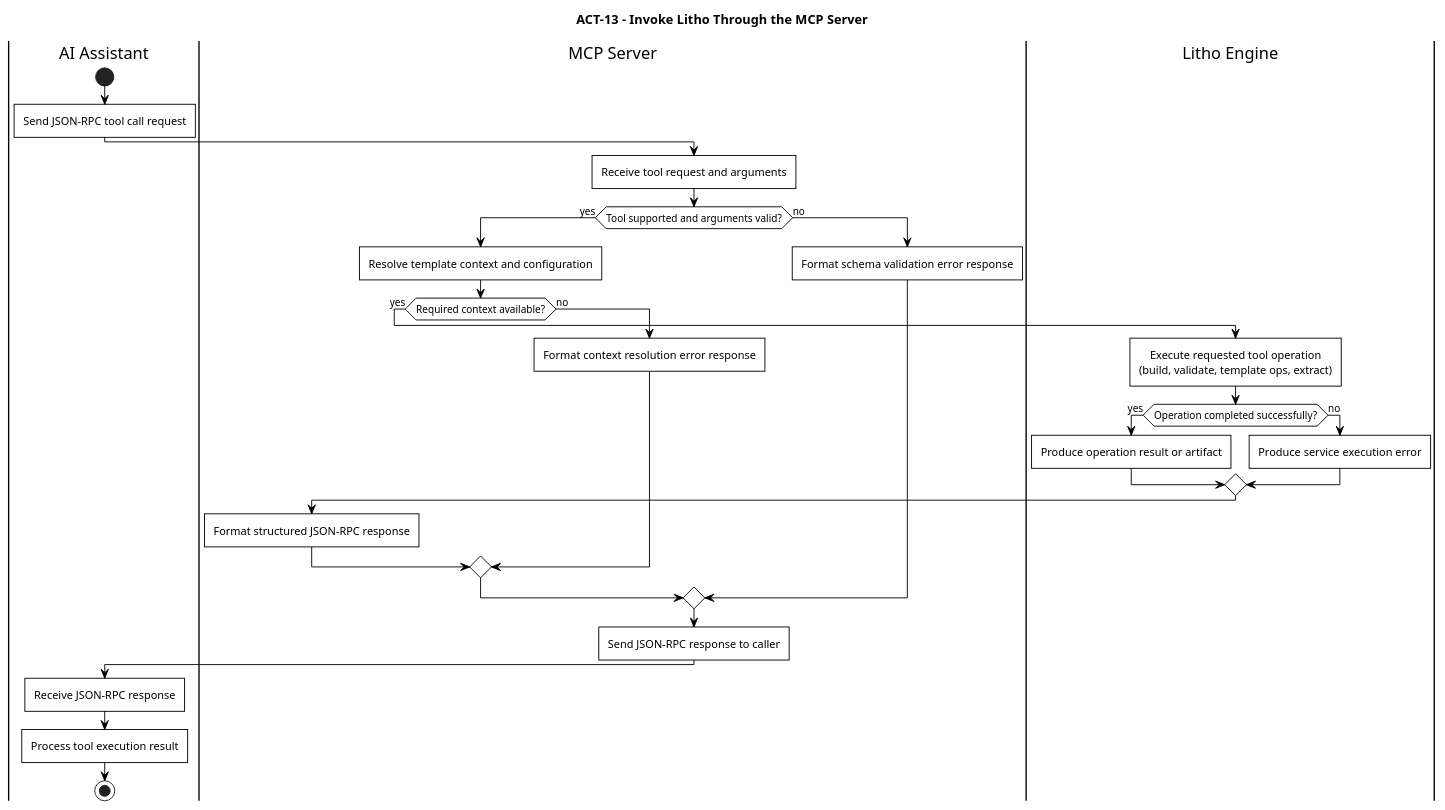
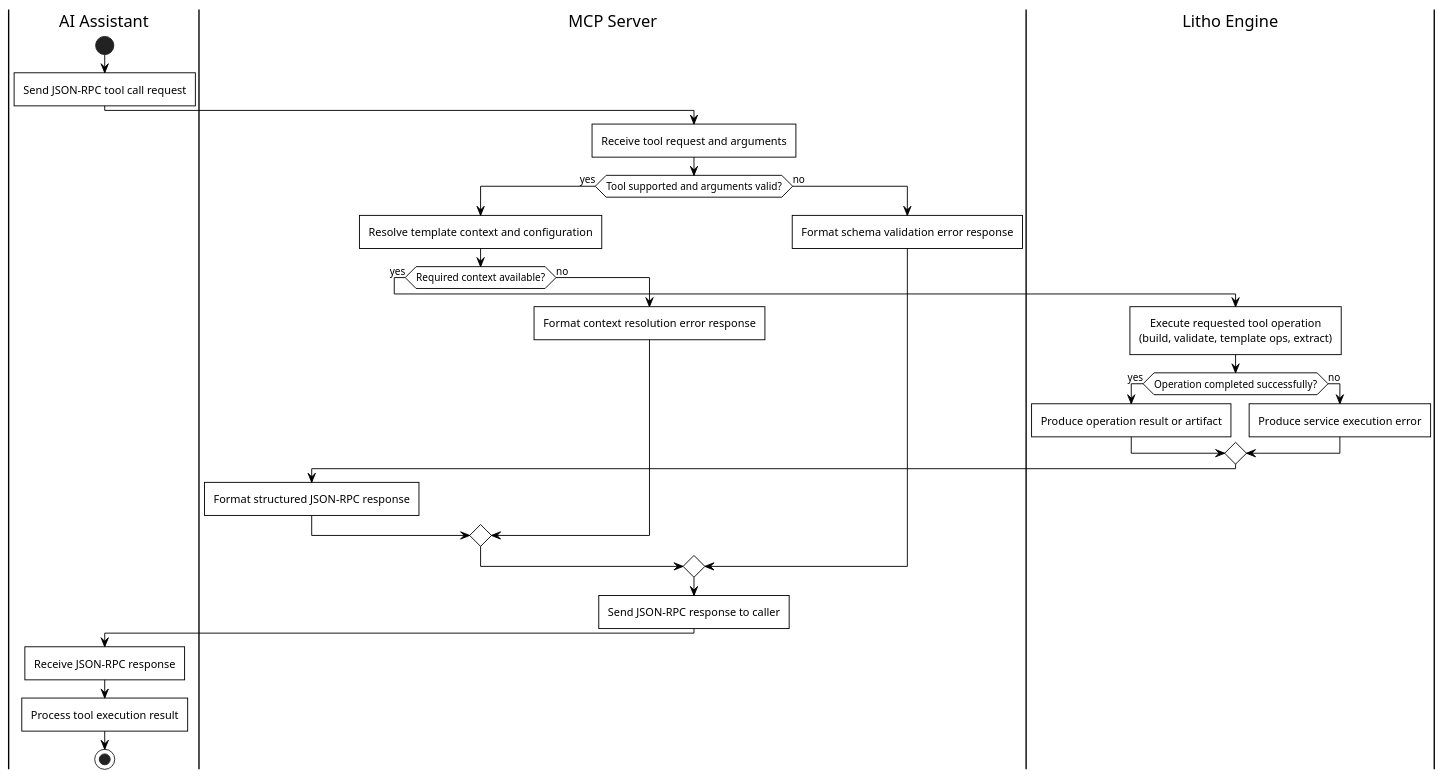
Before and after one commit to Litho-MD/uet-fyp-docs: the diagram in diagrams/puml/activity/13-mcp-operation.puml, drawn with PlantUML. The commit also changed 111 other files, not shown here.

First line of the commit message:
Add TikZ support for UML diagrams and refine document structure

```diff
--- a/diagrams/puml/activity/13-mcp-operation.puml
+++ b/diagrams/puml/activity/13-mcp-operation.puml
@@ -1,54 +1,53 @@
 @startuml
-title ACT-13 - Invoke Litho Through the MCP Server
 
 skinparam monochrome true
 skinparam backgroundColor white
 skinparam shadowing false
 skinparam roundCorner 0
 skinparam defaultTextAlignment center
 skinparam ArrowColor black
 skinparam defaultFontColor black
 skinparam activityBorderThickness 1
 skinparam activity {
     BackgroundColor white
     BorderColor black
     FontColor black
     DiamondBackgroundColor white
     DiamondBorderColor black
 }
 
 |AI Assistant|
 start
 :Send JSON-RPC tool call request;
 
 |MCP Server|
 :Receive tool request and arguments;
 if (Tool supported and arguments valid?) then (yes)
     :Resolve template context and configuration;
     if (Required context available?) then (yes)
         |Litho Engine|
         :Execute requested tool operation\n(build, validate, template ops, extract);
         if (Operation completed successfully?) then (yes)
             :Produce operation result or artifact;
         else (no)
             :Produce service execution error;
         endif
         |MCP Server|
         :Format structured JSON-RPC response;
     else (no)
         |MCP Server|
         :Format context resolution error response;
     endif
 else (no)
     |MCP Server|
     :Format schema validation error response;
 endif
 
 |MCP Server|
 :Send JSON-RPC response to caller;
 
 |AI Assistant|
 :Receive JSON-RPC response;
 :Process tool execution result;
 stop
 @enduml
```
